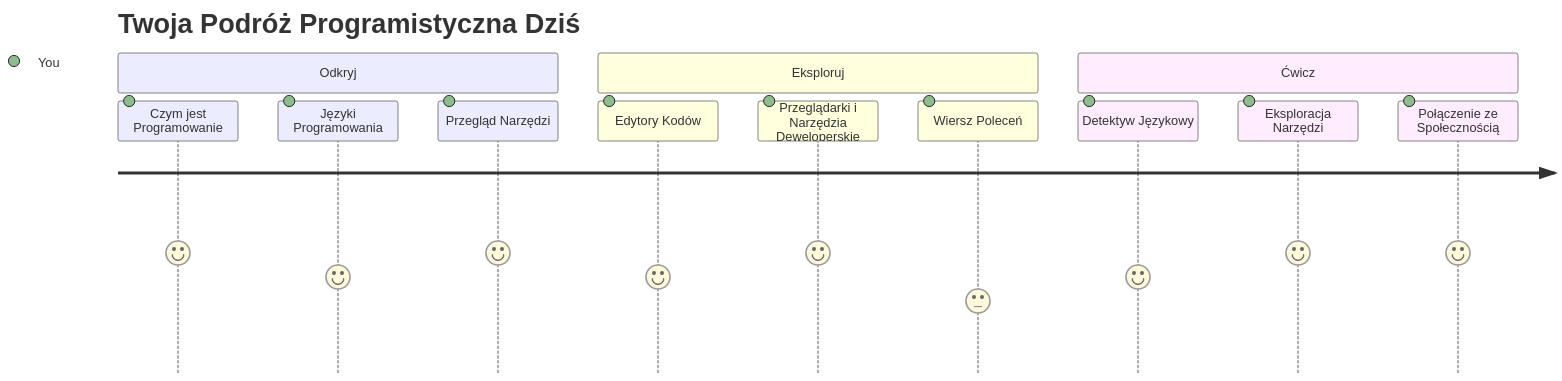
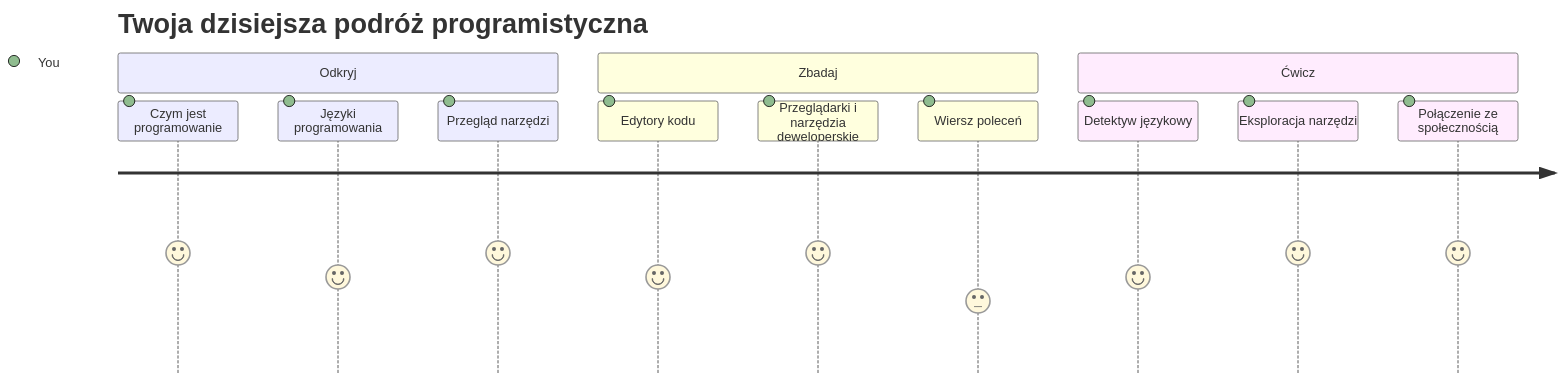
The first of 7 diagrams in translations/pl/1-getting-started-lessons/1-intro-to-programming-languages/README.md (microsoft/Web-Dev-For-Beginners), drawn with Mermaid before and after one commit. The commit also changed other lines of this file and 8 other files, not shown here.

````diff
--- a/translations/pl/1-getting-started-lessons/1-intro-to-programming-languages/README.md
+++ b/translations/pl/1-getting-started-lessons/1-intro-to-programming-languages/README.md
@@ -14,16 +14,16 @@
 ```mermaid
 journey
-    title Twoja Podróż Programistyczna Dziś
+    title Twoja dzisiejsza podróż programistyczna
     section Odkryj
-      Czym jest Programowanie: 5: You
-      Języki Programowania: 4: You
-      Przegląd Narzędzi: 5: You
-    section Eksploruj
-      Edytory Kodów: 4: You
-      Przeglądarki i Narzędzia Deweloperskie: 5: You
-      Wiersz Poleceń: 3: You
+      Czym jest programowanie: 5: You
+      Języki programowania: 4: You
+      Przegląd narzędzi: 5: You
+    section Zbadaj
+      Edytory kodu: 4: You
+      Przeglądarki i narzędzia deweloperskie: 5: You
+      Wiersz poleceń: 3: You
     section Ćwicz
-      Detektyw Językowy: 4: You
-      Eksploracja Narzędzi: 5: You
-      Połączenie ze Społecznością: 5: You
+      Detektyw językowy: 4: You
+      Eksploracja narzędzi: 5: You
+      Połączenie ze społecznością: 5: You
 ```
````
